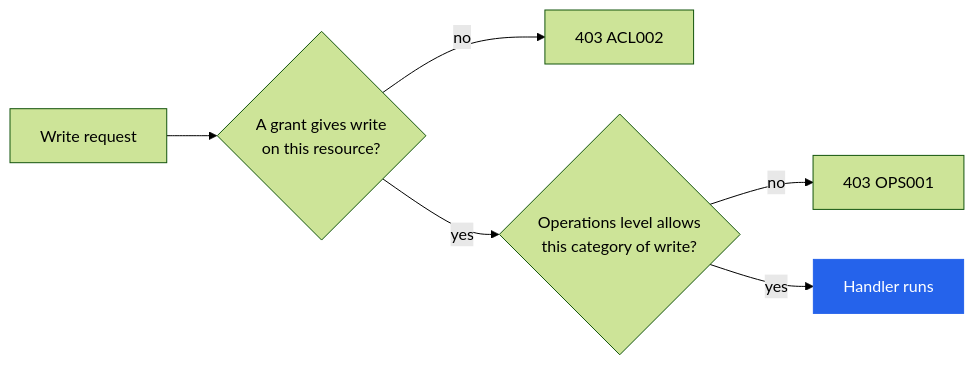
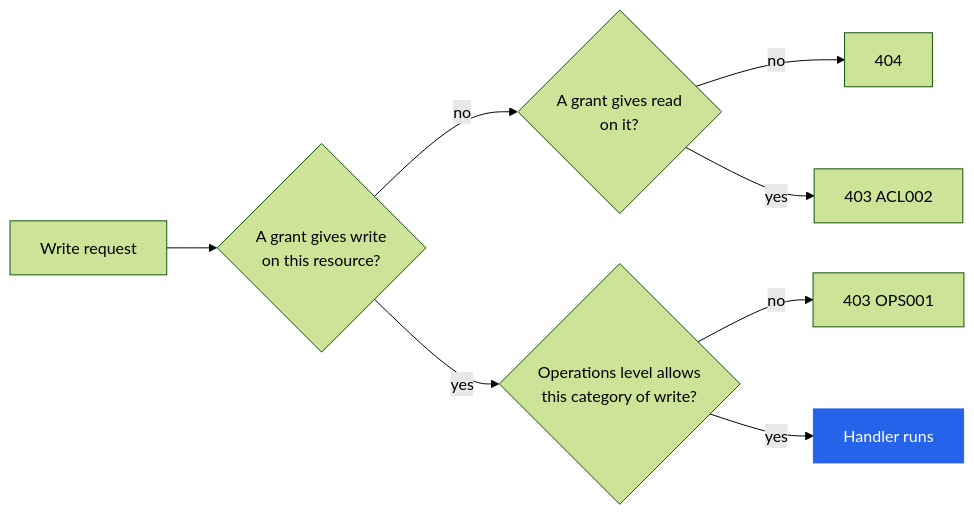
One commit to Radiergummi/cetacean changed the diagram in docs/authorization.md. Above: the diagram before and after it, drawn with Mermaid (forest theme). The commit also changed other lines of this file and 21 other files, not shown here.

````diff
--- a/docs/authorization.md
+++ b/docs/authorization.md
@@ -165,14 +165,16 @@
 ```mermaid
 flowchart LR
     accTitle: How a write request is authorized
-    accDescr: A write passes the per-resource grant check first, then the operations level check. Failing the first answers 403 ACL002, failing the second answers 403 OPS001.
+    accDescr: A write passes the per-resource grant check first, then the operations level check. Failing the first answers 404 when the caller can't read the resource either, and 403 ACL002 when it can; failing the second answers 403 OPS001.
 
     request["Write request"] --> grant{"A grant gives write<br/>on this resource?"}
-    grant -->|no| acl["403 ACL002"]
+    grant -->|no| read{"A grant gives read<br/>on it?"}
+    read -->|no| missing["404"]
+    read -->|yes| acl["403 ACL002"]
     grant -->|yes| level{"Operations level allows<br/>this category of write?"}
     level -->|no| ops["403 OPS001"]
     level -->|yes| handler["Handler runs"]
 
     classDef accent fill:#2563eb,stroke:#2563eb,color:#ffffff
     class handler accent
 ```
````
